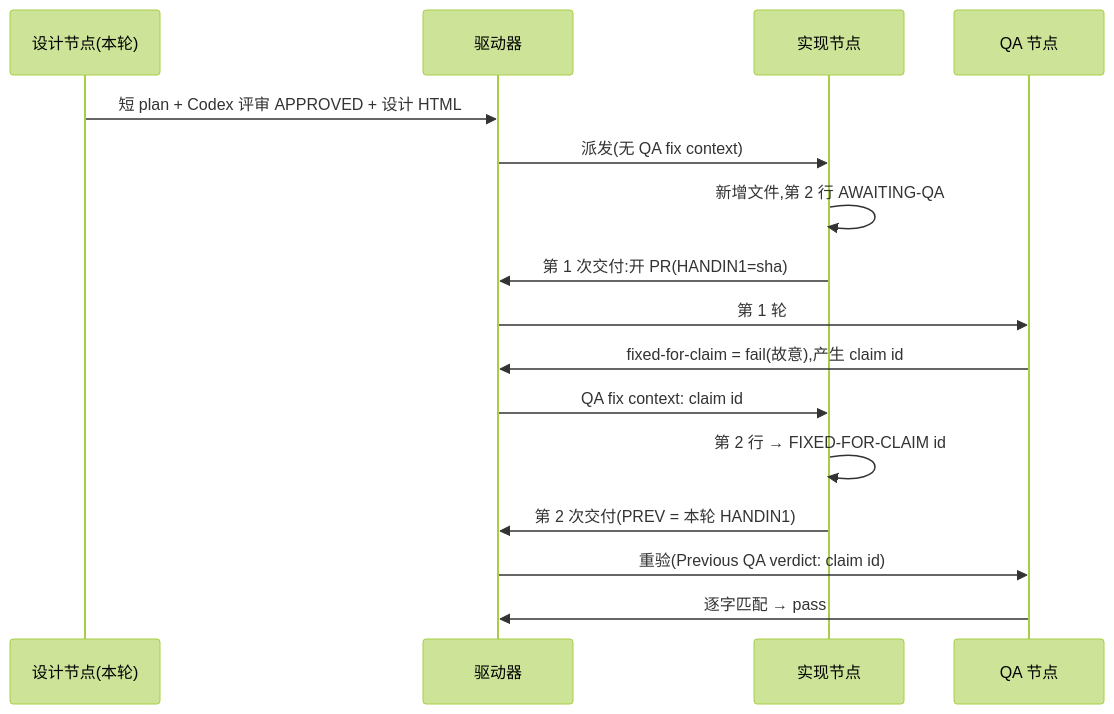
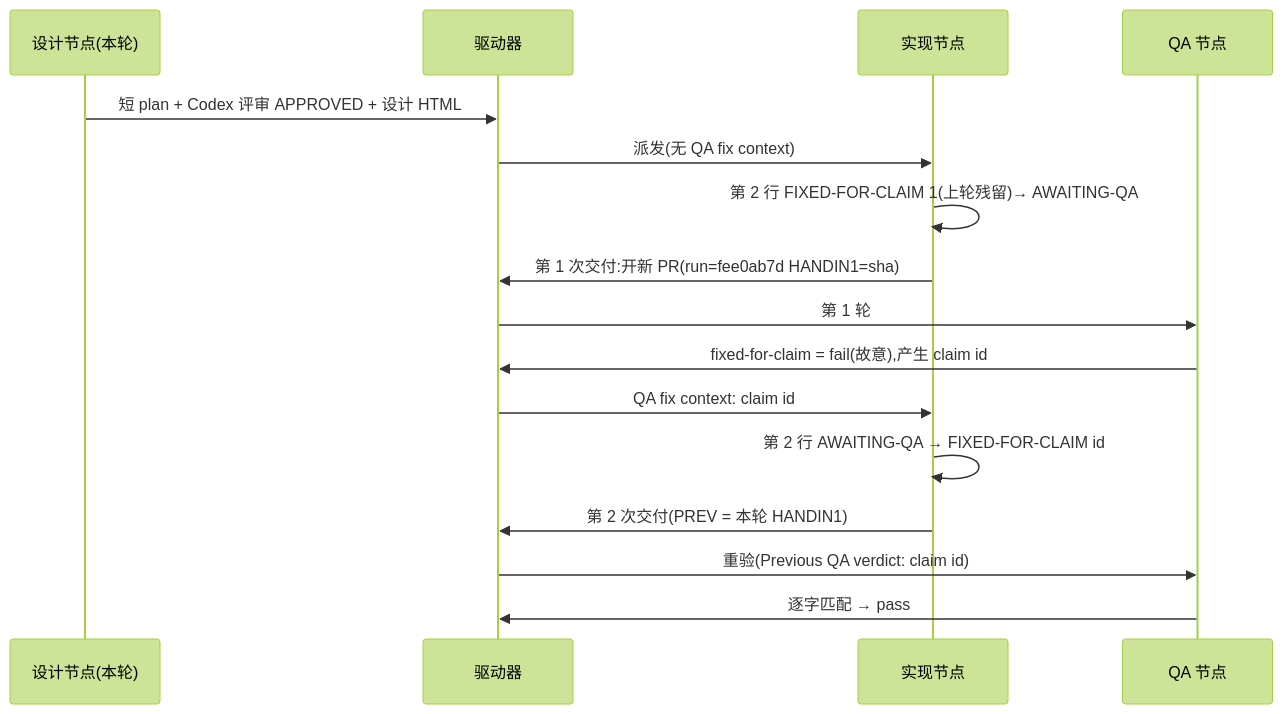
One commit to xrliAnnie/flywheel-qa-sandbox changed the diagram in engineering/doc/FLY-3226-real-runner-drill/d1-core-flow.mmd. Above: the diagram before and after it, drawn with Mermaid (forest theme). The commit also changed 4 other files, not shown here.

Commit message:
docs(qa-sbx): FLY-3226 founder design HTML for run fee0ab7d

```diff
--- a/engineering/doc/FLY-3226-real-runner-drill/d1-core-flow.mmd
+++ b/engineering/doc/FLY-3226-real-runner-drill/d1-core-flow.mmd
@@ -1,16 +1,16 @@
 sequenceDiagram
     participant S as 设计节点(本轮)
     participant D as 驱动器
     participant I as 实现节点
     participant Q as QA 节点
     S->>D: 短 plan + Codex 评审 APPROVED + 设计 HTML
     D->>I: 派发(无 QA fix context)
-    I->>I: 新增文件,第 2 行 AWAITING-QA
-    I->>D: 第 1 次交付:开 PR(HANDIN1=sha)
+    I->>I: 第 2 行 FIXED-FOR-CLAIM 1(上轮残留)→ AWAITING-QA
+    I->>D: 第 1 次交付:开新 PR(run=fee0ab7d HANDIN1=sha)
     D->>Q: 第 1 轮
     Q->>D: fixed-for-claim = fail(故意),产生 claim id
     D->>I: QA fix context: claim id
-    I->>I: 第 2 行 → FIXED-FOR-CLAIM id
+    I->>I: 第 2 行 AWAITING-QA → FIXED-FOR-CLAIM id
     I->>D: 第 2 次交付(PREV = 本轮 HANDIN1)
     D->>Q: 重验(Previous QA verdict: claim id)
     Q->>D: 逐字匹配 → pass
```
